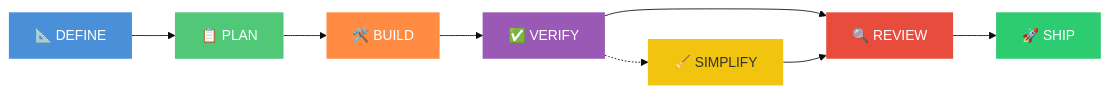
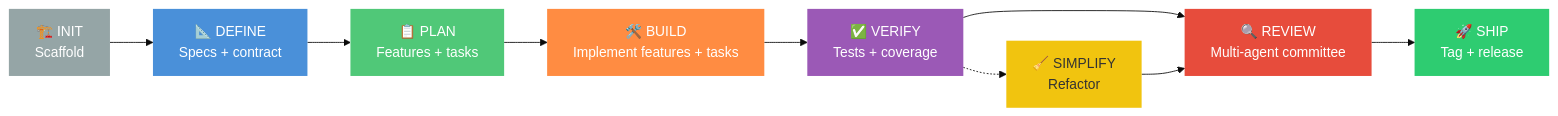
One commit to bakr-bagaber/dev-harness changed the first of 4 diagrams in README.md. Above: the diagram before and after it, drawn with Mermaid (base theme). The commit also changed other lines of this file, not shown here.

Commit message:
auto-sync from ops — README rewrite (sequential diagrams, 3-level loops, copilot+autopilot, all comments)

````diff
--- a/README.md
+++ b/README.md
@@ -58,18 +58,20 @@
 ```mermaid
 flowchart LR
-    DEFINE[📐 DEFINE] --> PLAN[📋 PLAN]
-    PLAN --> BUILD[🛠️ BUILD]
-    BUILD --> VERIFY[✅ VERIFY]
-    VERIFY -.-> SIMPLIFY[🧹 SIMPLIFY]
-    VERIFY --> REVIEW[🔍 REVIEW]
+    INIT[🏗️ INIT<br/>Scaffold] --> DEFINE[📐 DEFINE<br/>Specs + contract]
+    DEFINE --> PLAN[📋 PLAN<br/>Features + tasks]
+    PLAN --> BUILD[🛠️ BUILD<br/>Implement features + tasks]
+    BUILD --> VERIFY[✅ VERIFY<br/>Tests + coverage]
+    VERIFY -.-> SIMPLIFY[🧹 SIMPLIFY<br/>Refactor]
+    VERIFY --> REVIEW[🔍 REVIEW<br/>Multi-agent committee]
     SIMPLIFY --> REVIEW
-    REVIEW --> SHIP[🚀 SHIP]
+    REVIEW --> SHIP[🚀 SHIP<br/>Tag + release]
 
+    style INIT fill:#95A5A6,color:#fff,stroke:none
     style DEFINE fill:#4A90D9,color:#fff,stroke:none
     style PLAN fill:#50C878,color:#fff,stroke:none
     style BUILD fill:#FF8C42,color:#fff,stroke:none
     style VERIFY fill:#9B59B6,color:#fff,stroke:none
     style SIMPLIFY fill:#F1C40F,color:#333,stroke:none
     style REVIEW fill:#E74C3C,color:#fff,stroke:none
     style SHIP fill:#2ECC71,color:#fff,stroke:none
 ```
````
